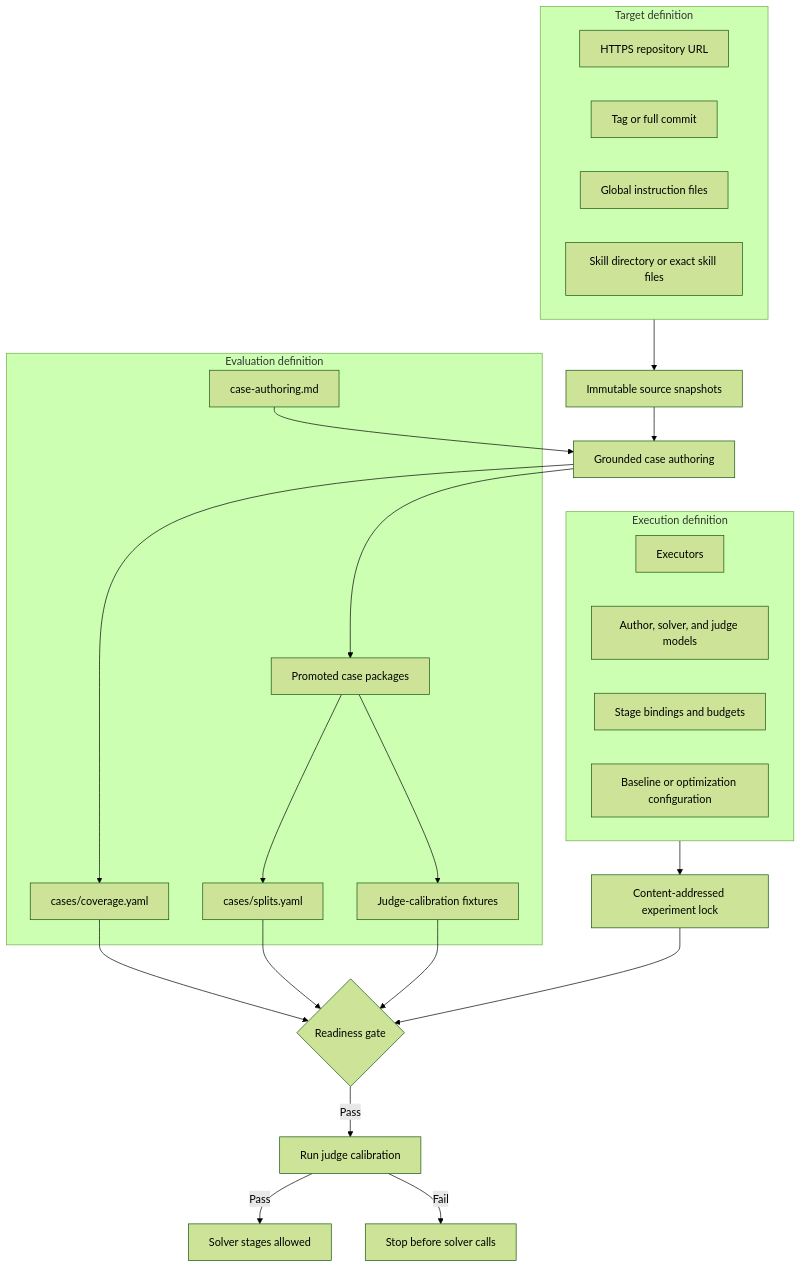
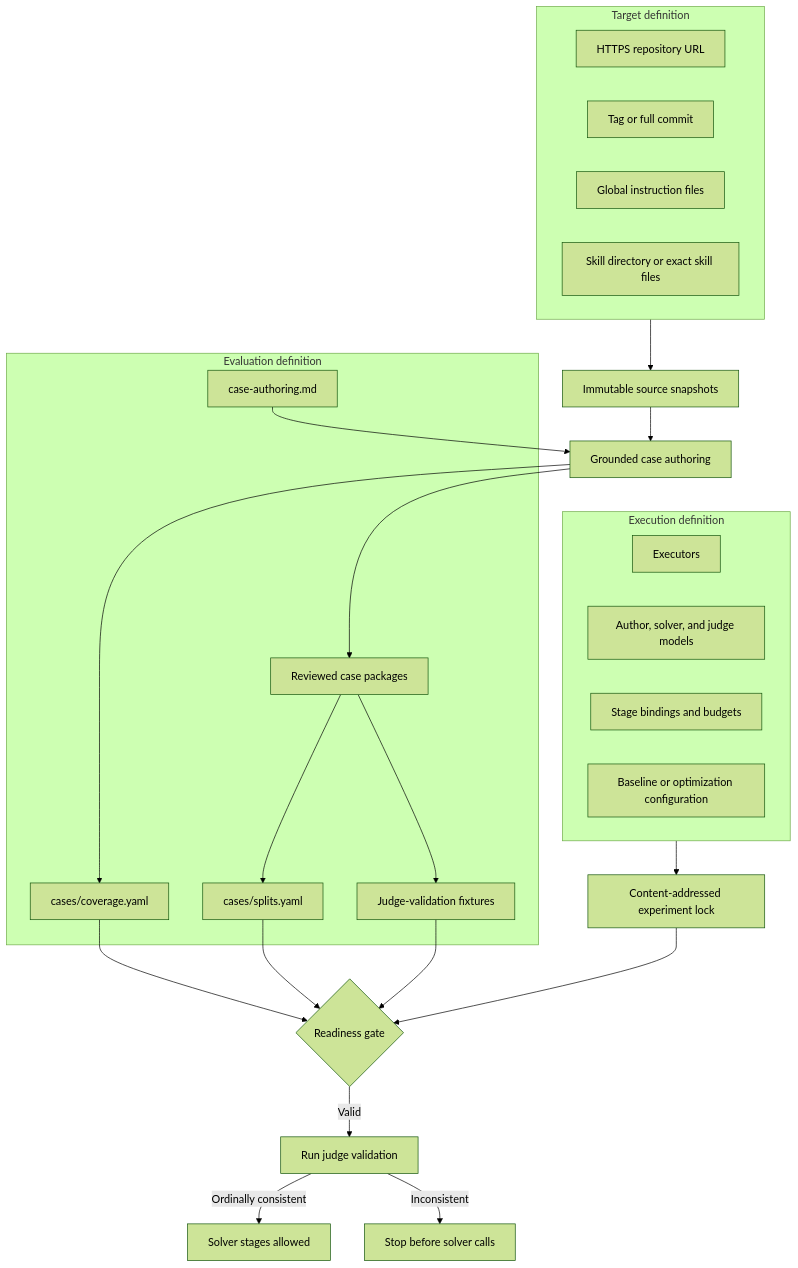
One commit to mainsequence-sdk/repo-agent-eval changed the diagram in docs/experiments/index.md. Above: the diagram before and after it, drawn with Mermaid (forest theme). The commit also changed other lines of this file and 1883 other files, not shown here.

````diff
--- a/docs/experiments/index.md
+++ b/docs/experiments/index.md
@@ -10,40 +10,40 @@
 ```mermaid
 flowchart TB
     subgraph Source[Target definition]
         Repository[HTTPS repository URL]
         Revision[Tag or full commit]
         Global[Global instruction files]
         Skills[Skill directory or exact skill files]
     end
 
     subgraph Corpus[Evaluation definition]
         Policy[case-authoring.md]
         Catalog[cases/coverage.yaml]
-        Cases[Promoted case packages]
+        Cases[Reviewed case packages]
         Splits[cases/splits.yaml]
-        Fixtures[Judge-calibration fixtures]
+        Fixtures[Judge-validation fixtures]
     end
 
     subgraph Runtime[Execution definition]
         Executors[Executors]
         Models[Author, solver, and judge models]
         Stages[Stage bindings and budgets]
         Experiments[Baseline or optimization configuration]
     end
 
     Source --> Snapshot[Immutable source snapshots]
     Snapshot --> Authoring[Grounded case authoring]
     Policy --> Authoring
     Authoring --> Catalog
     Authoring --> Cases
     Cases --> Splits
     Cases --> Fixtures
     Runtime --> Lock[Content-addressed experiment lock]
     Catalog --> Ready{Readiness gate}
     Splits --> Ready
     Fixtures --> Ready
     Lock --> Ready
-    Ready -->|Pass| Calibrate[Run judge calibration]
-    Calibrate -->|Pass| Run[Solver stages allowed]
-    Calibrate -->|Fail| Stop[Stop before solver calls]
+    Ready -->|Valid| ValidateJudge[Run judge validation]
+    ValidateJudge -->|Ordinally consistent| Run[Solver stages allowed]
+    ValidateJudge -->|Inconsistent| Stop[Stop before solver calls]
 ```
````
